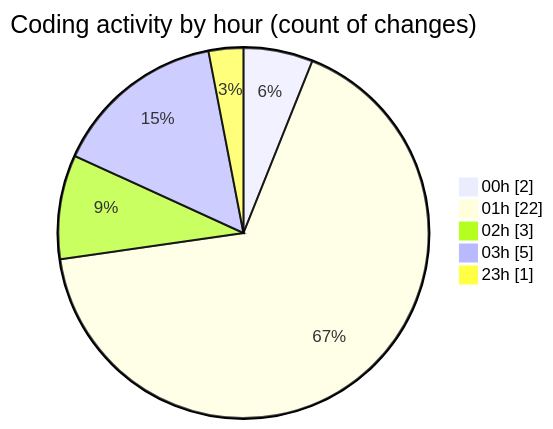
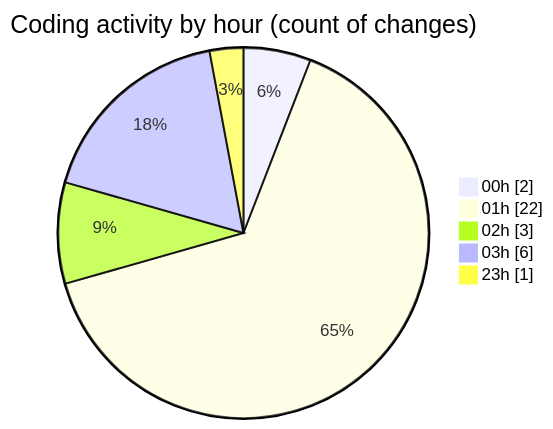
Before and after one commit to lephambinh05/code-tracking: the second of 2 diagrams in 2025-07-19/nhahang/README.md, drawn with Mermaid. The commit also changed other lines of this file and 1 other file, not shown here.

````diff
--- a/2025-07-19/nhahang/README.md
+++ b/2025-07-19/nhahang/README.md
@@ -42,9 +42,9 @@
 ```mermaid
 pie showData
 title Coding activity by hour (count of changes)
 "00h" : 2
 "01h" : 22
 "02h" : 3
-"03h" : 5
+"03h" : 6
 "23h" : 1
 ```
````
